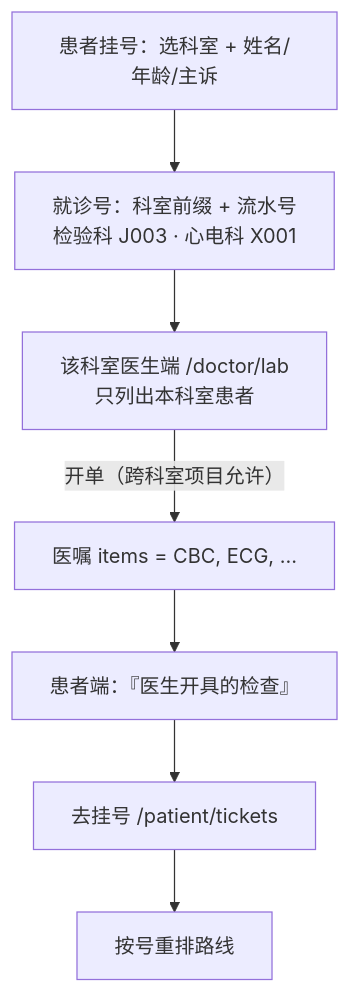
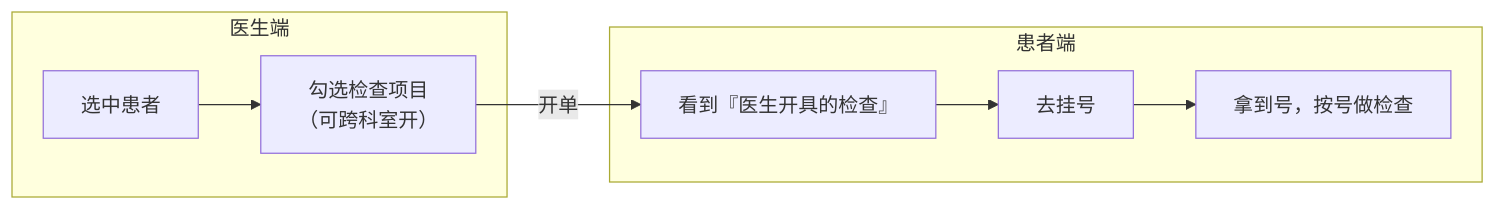
One commit to fore-blip/exam-scheduler changed the second of 5 diagrams in docs/研发文档-V2-20261104.md. Above: the diagram before and after it, drawn with Mermaid. The commit also changed other lines of this file, not shown here.

Commit message:
docs: 研发文档改写为「改动点 + 实际意义 + 图解」风格

````diff
--- a/docs/研发文档-V2-20261104.md
+++ b/docs/研发文档-V2-20261104.md
@@ -150,9 +63,11 @@
 ```mermaid
-flowchart TD
-    S["患者挂号：选科室 + 姓名/年龄/主诉"] --> V["就诊号：科室前缀 + 流水号<br/>检验科 J003 · 心电科 X001"]
-    V --> DOC["该科室医生端 /doctor/lab<br/>只列出本科室患者"]
-    DOC -->|"开单（跨科室项目允许）"| RX["医嘱 items = CBC, ECG, …"]
-    RX --> PAT["患者端：『医生开具的检查』"]
-    PAT --> TIK["去挂号 /patient/tickets"]
-    TIK --> PLAN["按号重排路线"]
+flowchart LR
+    subgraph DOCTOR["医生端"]
+        A["选中患者"] --> B["勾选检查项目<br/>（可跨科室开）"]
+    end
+    subgraph PATIENT["患者端"]
+        C["看到『医生开具的检查』"] --> D["去挂号"]
+        D --> E["拿到号，按号做检查"]
+    end
+    B -->|"开单"| C
 ```
````
